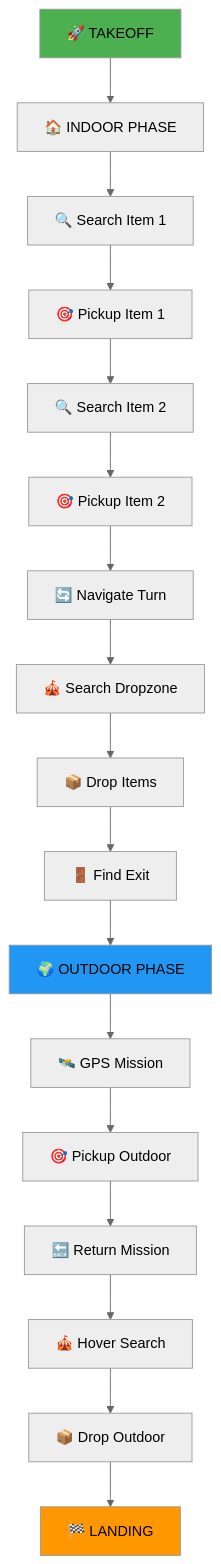
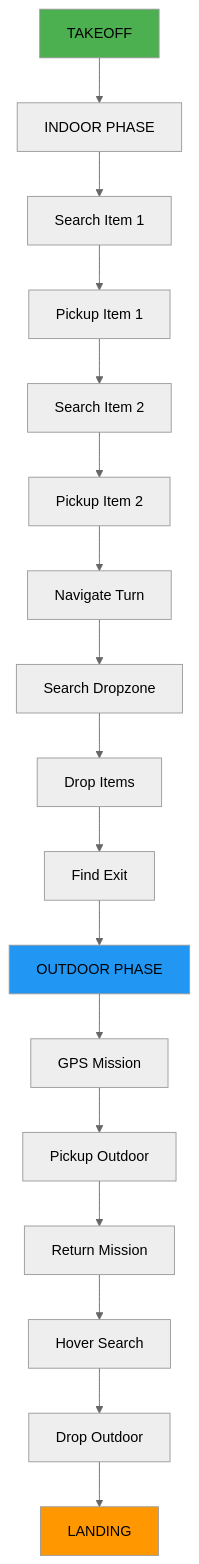
One commit to Vanszs/Dirgagah-KAERTEI changed the second of 2 diagrams in README.md. Above: the diagram before and after it, drawn with Mermaid (neutral theme). The commit also changed other lines of this file and 6 other files, not shown here.

````diff
--- a/README.md
+++ b/README.md
@@ -144,23 +144,23 @@
 ```mermaid
 flowchart TD
-    A[🚀 TAKEOFF] --> B[🏠 INDOOR PHASE]
-    B --> C[🔍 Search Item 1]
-    C --> D[🎯 Pickup Item 1]
-    D --> E[🔍 Search Item 2]
-    E --> F[🎯 Pickup Item 2]
-    F --> G[🔄 Navigate Turn]
-    G --> H[🎪 Search Dropzone]
-    H --> I[📦 Drop Items]
-    I --> J[🚪 Find Exit]
-    J --> K[🌍 OUTDOOR PHASE]
-    K --> L[🛰️ GPS Mission]
-    L --> M[🎯 Pickup Outdoor]
-    M --> N[🔙 Return Mission]
-    N --> O[🎪 Hover Search]
-    O --> P[📦 Drop Outdoor]
-    P --> Q[🏁 LANDING]
+    A[TAKEOFF] --> B[INDOOR PHASE]
+    B --> C[Search Item 1]
+    C --> D[Pickup Item 1]
+    D --> E[Search Item 2]
+    E --> F[Pickup Item 2]
+    F --> G[Navigate Turn]
+    G --> H[Search Dropzone]
+    H --> I[Drop Items]
+    I --> J[Find Exit]
+    J --> K[OUTDOOR PHASE]
+    K --> L[GPS Mission]
+    L --> M[Pickup Outdoor]
+    M --> N[Return Mission]
+    N --> O[Hover Search]
+    O --> P[Drop Outdoor]
+    P --> Q[LANDING]
     
     style A fill:#4caf50
     style K fill:#2196f3
     style Q fill:#ff9800
 ```
````
